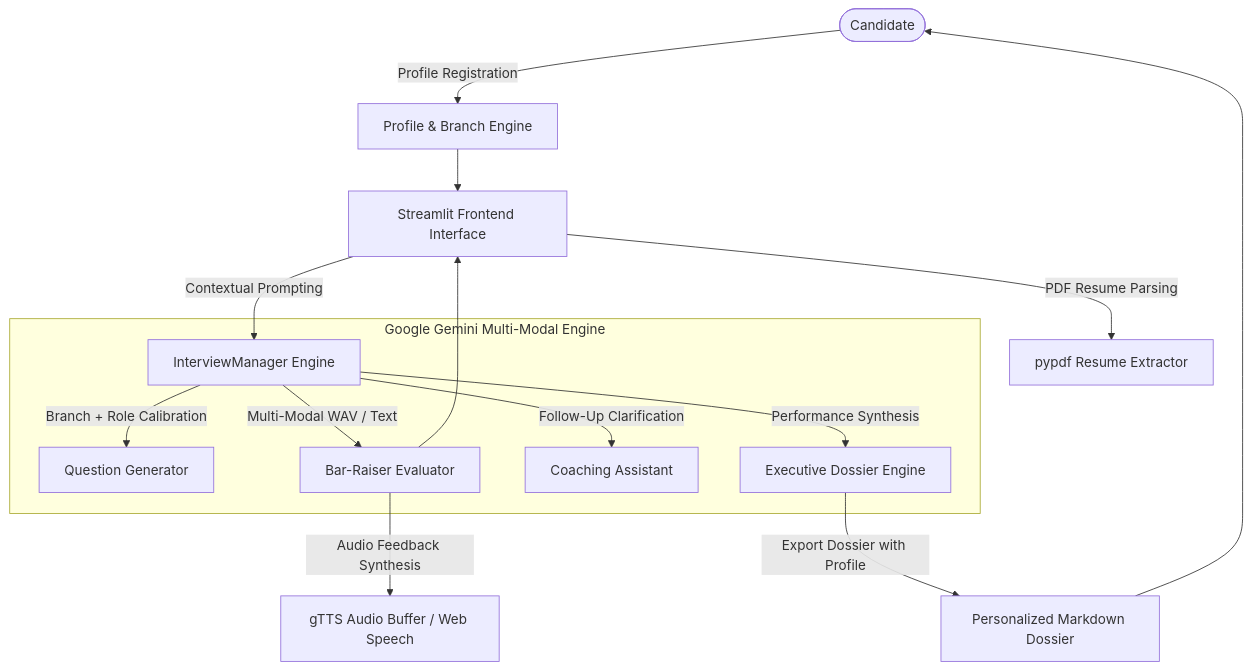
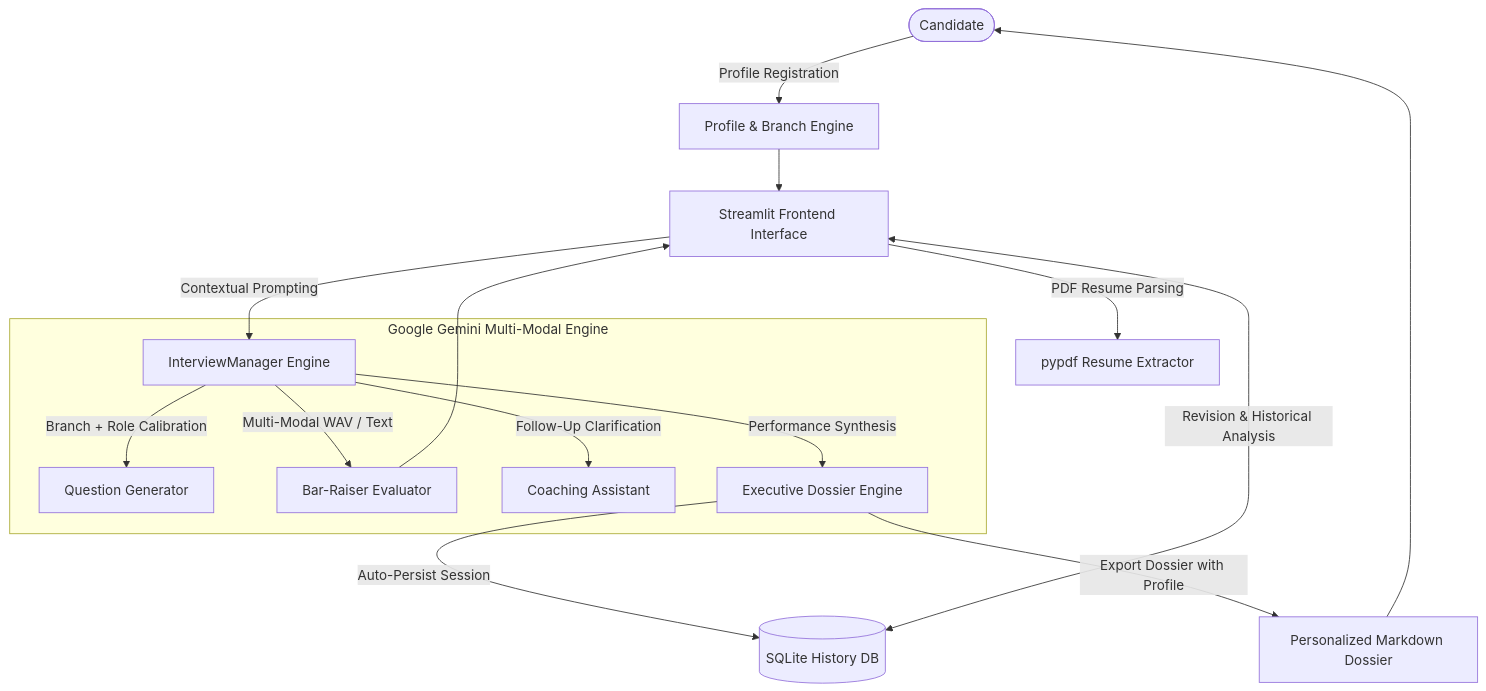
Before and after one commit to pijush-pakrashi/AI-Mock-Interviewer-App: the diagram in README.md, drawn with Mermaid. The commit also changed other lines of this file and 3 other files, not shown here.

Commit message:
feat: implement persistent SQLite mock test history and revision center

````diff
--- a/README.md
+++ b/README.md
@@ -60,19 +74,20 @@
 ```mermaid
 flowchart TD
     User([Candidate]) -->|Profile Registration| Onboarding[Profile & Branch Engine]
     Onboarding --> UI[Streamlit Frontend Interface]
     UI -->|PDF Resume Parsing| PDFEngine[pypdf Resume Extractor]
     UI -->|Contextual Prompting| Manager[InterviewManager Engine]
     
     subgraph AI Core [Google Gemini Multi-Modal Engine]
         Manager -->|Branch + Role Calibration| GeminiQ[Question Generator]
         Manager -->|Multi-Modal WAV / Text| GeminiEval[Bar-Raiser Evaluator]
         Manager -->|Follow-Up Clarification| GeminiChat[Coaching Assistant]
         Manager -->|Performance Synthesis| GeminiReport[Executive Dossier Engine]
     end
 
     GeminiEval --> UI
-    GeminiEval -->|Audio Feedback Synthesis| TTS[gTTS Audio Buffer / Web Speech]
+    GeminiReport -->|Auto-Persist Session| History[(SQLite History DB)]
+    History <-->|Revision & Historical Analysis| UI
     GeminiReport -->|Export Dossier with Profile| Export[Personalized Markdown Dossier]
     Export --> User
 ```
````
